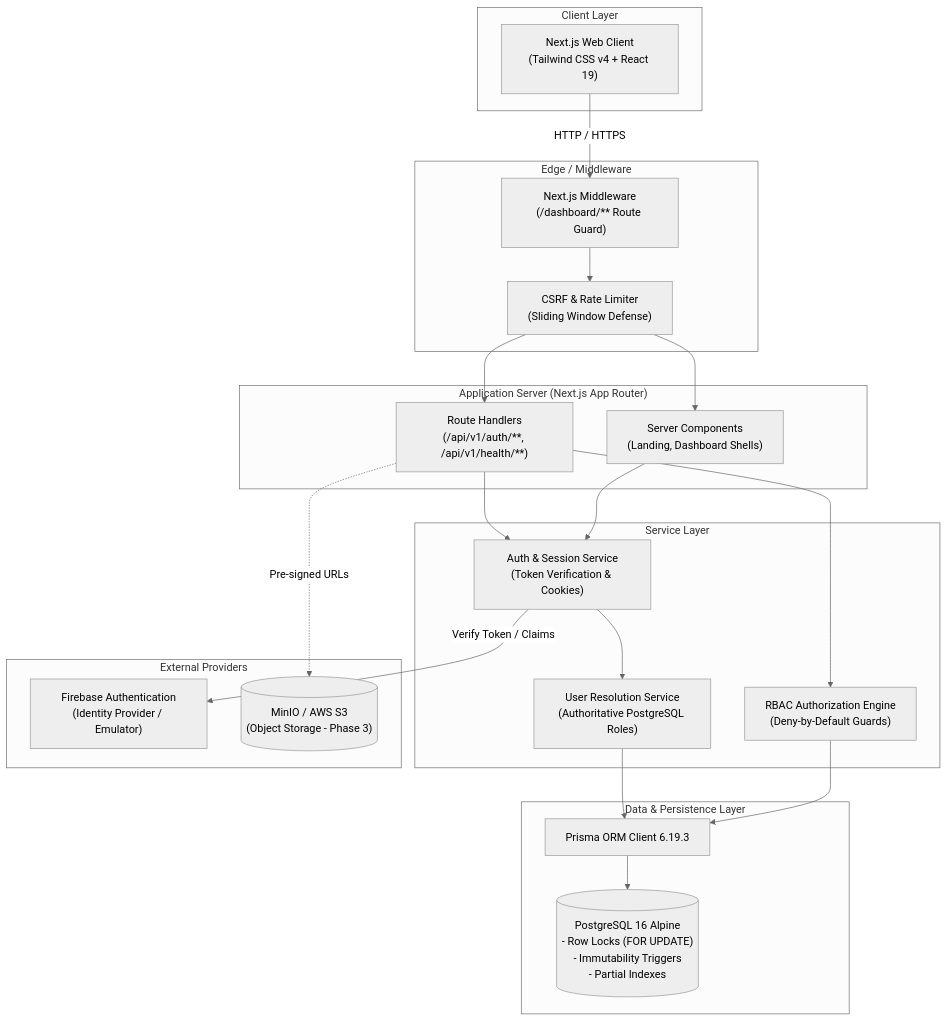
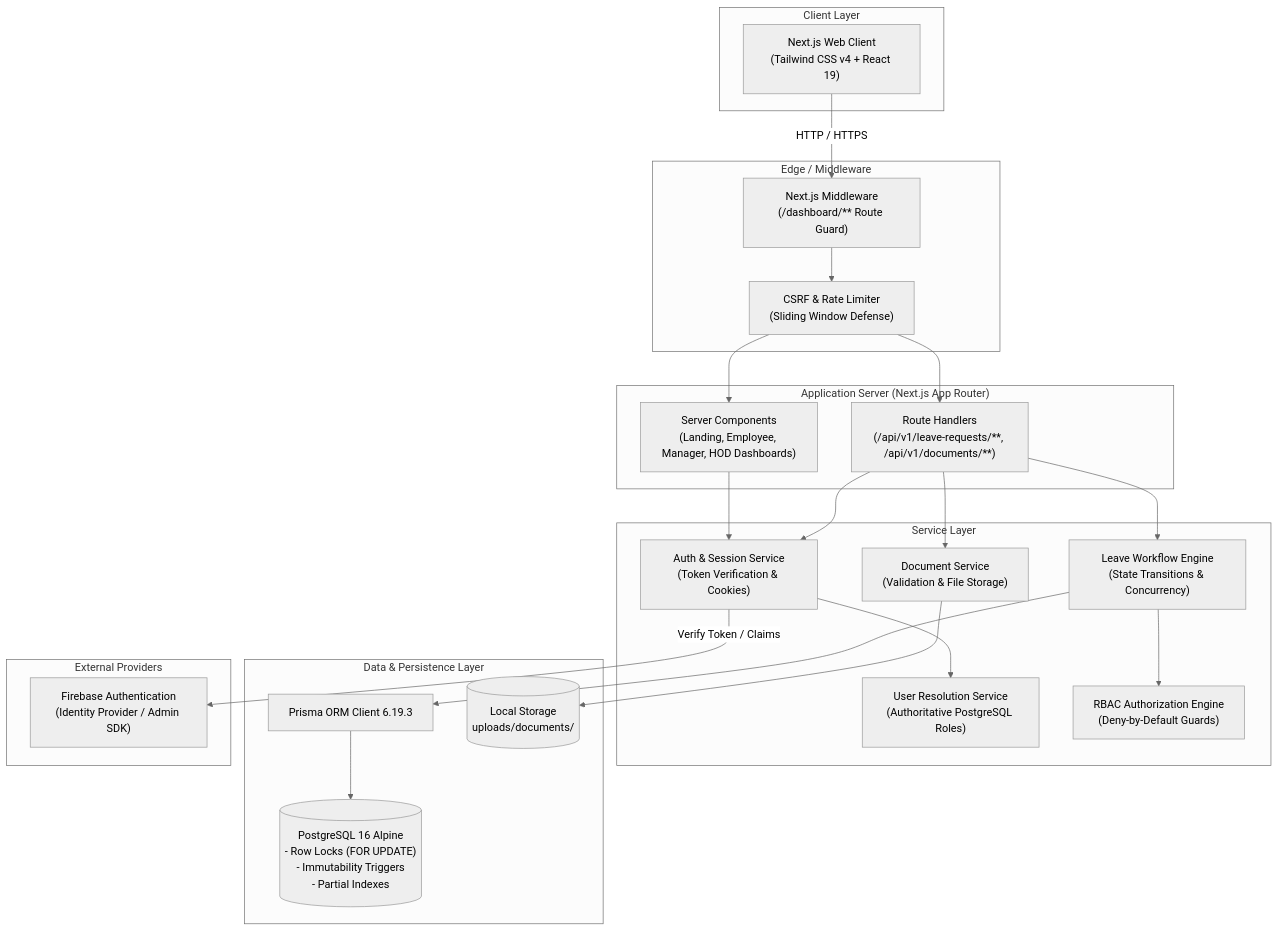
The diagram in README.md (Vishnu-b-k/employee_leave_management), drawn with Mermaid (neutral theme) before and after one commit. The commit also changed other lines of this file and 10 other files, not shown here.

````diff
--- a/README.md
+++ b/README.md
@@ -176,46 +202,49 @@
 ```mermaid
 graph TB
     subgraph "Client Layer"
         Browser["Next.js Web Client<br/>(Tailwind CSS v4 + React 19)"]
     end
 
     subgraph "Edge / Middleware"
         MW["Next.js Middleware<br/>(/dashboard/** Route Guard)"]
         CSRF["CSRF & Rate Limiter<br/>(Sliding Window Defense)"]
     end
 
     subgraph "Application Server (Next.js App Router)"
-        API["Route Handlers<br/>(/api/v1/auth/**, /api/v1/health/**)"]
-        Pages["Server Components<br/>(Landing, Dashboard Shells)"]
+        API["Route Handlers<br/>(/api/v1/leave-requests/**, /api/v1/documents/**)"]
+        Pages["Server Components<br/>(Landing, Employee, Manager, HOD Dashboards)"]
     end
 
     subgraph "Service Layer"
         AuthSvc["Auth & Session Service<br/>(Token Verification & Cookies)"]
         UserSvc["User Resolution Service<br/>(Authoritative PostgreSQL Roles)"]
         RBACSvc["RBAC Authorization Engine<br/>(Deny-by-Default Guards)"]
+        LeaveSvc["Leave Workflow Engine<br/>(State Transitions & Concurrency)"]
+        DocSvc["Document Service<br/>(Validation & File Storage)"]
     end
 
     subgraph "Data & Persistence Layer"
         Prisma["Prisma ORM Client 6.19.3"]
         PG[("PostgreSQL 16 Alpine<br/>- Row Locks (FOR UPDATE)<br/>- Immutability Triggers<br/>- Partial Indexes")]
+        Disk[("Local Storage<br/>uploads/documents/")]
     end
 
     subgraph "External Providers"
-        FA["Firebase Authentication<br/>(Identity Provider / Emulator)"]
-        S3[("MinIO / AWS S3<br/>(Object Storage - Phase 3)")]
+        FA["Firebase Authentication<br/>(Identity Provider / Admin SDK)"]
     end
 
     Browser -->|"HTTP / HTTPS"| MW
     MW --> CSRF
     CSRF --> API
     CSRF --> Pages
     API --> AuthSvc
     Pages --> AuthSvc
     AuthSvc -->|"Verify Token / Claims"| FA
     AuthSvc --> UserSvc
-    UserSvc --> Prisma
-    API --> RBACSvc
-    RBACSvc --> Prisma
+    API --> LeaveSvc
+    API --> DocSvc
+    LeaveSvc --> RBACSvc
+    LeaveSvc --> Prisma
+    DocSvc --> Disk
     Prisma --> PG
-    API -.->|"Pre-signed URLs"| S3
 ```
````
